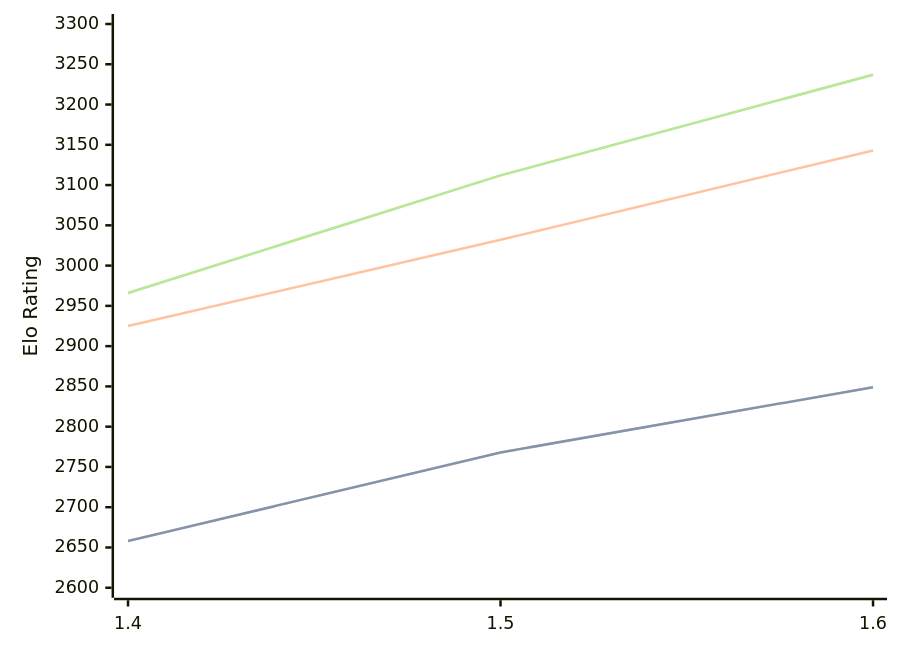
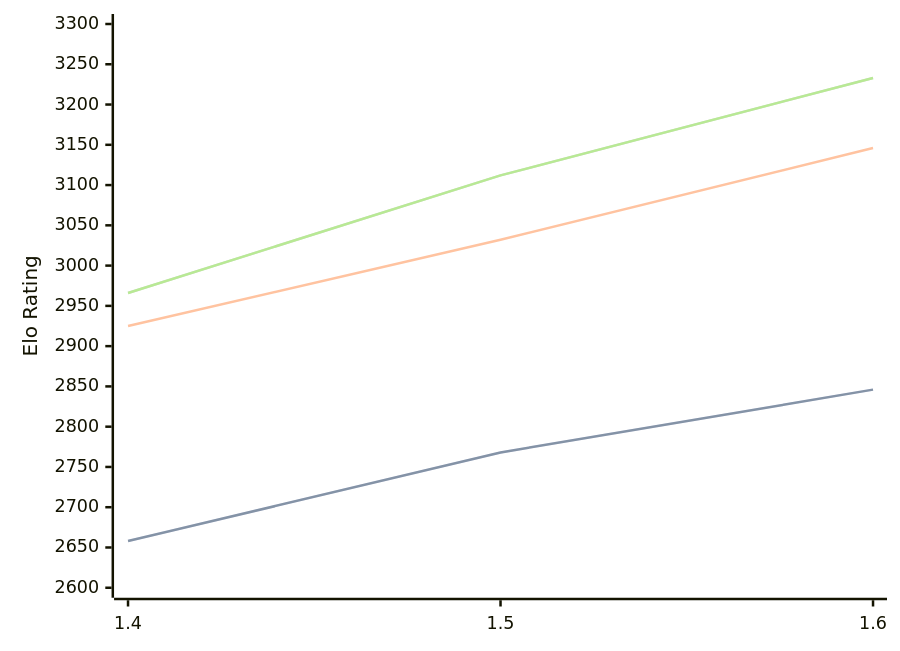
The diagram in engines/Yakka.md (computer-chess-index/cci), drawn with Mermaid before and after one commit. The commit also changed other lines of this file, not shown here.

Commit message:
Update CCI Ratings (ELO VLTC) - 2026-09-30

````diff
--- a/engines/Yakka.md
+++ b/engines/Yakka.md
@@ -33,11 +33,11 @@
 ```mermaid
 %%{init: {"theme":"base","themeVariables":{"seriesColors:['#a3a3a3','#222221','#faa371']}}}%%
 xychart-beta
   x-axis ["1.4", "1.5", "1.6"]
   y-axis "Elo Rating" 2600 --> 3300
-  line "" [2658, 2768, 2849]
-  line "STC (8.0+0.08s)" [2658, 2768, 2849]
-  line "LTC (60.0+0.60s)" [2925, 3032, 3143]
-  line "" [2966, 3112, 3237]
-  line "VLTC (2m24s+1.12s)" [2966, 3112, 3237]
+  line "" [2658, 2768, 2846]
+  line "STC (8.0+0.08s)" [2658, 2768, 2846]
+  line "LTC (60.0+0.60s)" [2925, 3032, 3146]
+  line "" [2966, 3112, 3233]
+  line "VLTC (2m24s+1.12s)" [2966, 3112, 3233]
 ```
````
